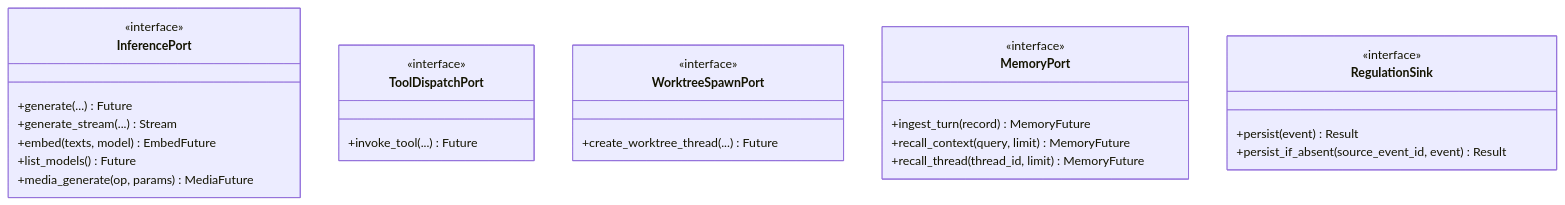
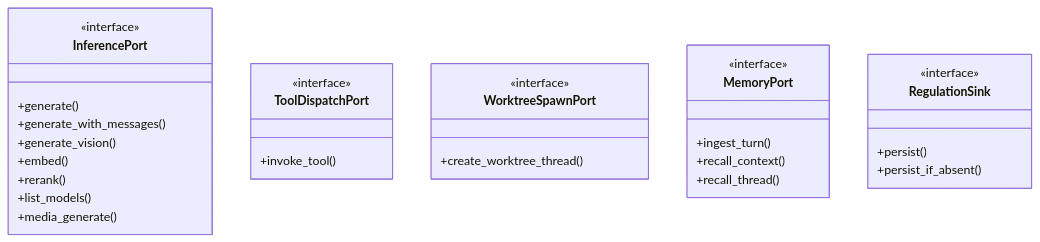
The second of 4 diagrams in kask/docs/diataxis/hkask-types/reference.md (mdz-axo/zed-kask), drawn with Mermaid before and after one commit. The commit also changed other lines of this file and 12 other files, not shown here.

````diff
--- a/kask/docs/diataxis/hkask-types/reference.md
+++ b/kask/docs/diataxis/hkask-types/reference.md
@@ -190,30 +130,32 @@
 ```mermaid
 classDiagram
     class InferencePort {
         <<interface>>
-        +generate(...) Future
-        +generate_stream(...) Stream
-        +embed(texts, model) EmbedFuture
-        +list_models() Future
-        +media_generate(op, params) MediaFuture
+        +generate()
+        +generate_with_messages()
+        +generate_vision()
+        +embed()
+        +rerank()
+        +list_models()
+        +media_generate()
     }
     class ToolDispatchPort {
         <<interface>>
-        +invoke_tool(...) Future
+        +invoke_tool()
     }
     class WorktreeSpawnPort {
         <<interface>>
-        +create_worktree_thread(...) Future
+        +create_worktree_thread()
     }
     class MemoryPort {
         <<interface>>
-        +ingest_turn(record) MemoryFuture
-        +recall_context(query, limit) MemoryFuture
-        +recall_thread(thread_id, limit) MemoryFuture
+        +ingest_turn()
+        +recall_context()
+        +recall_thread()
     }
     class RegulationSink {
         <<interface>>
-        +persist(event) Result
-        +persist_if_absent(source_event_id, event) Result
+        +persist()
+        +persist_if_absent()
     }
 ```
````
